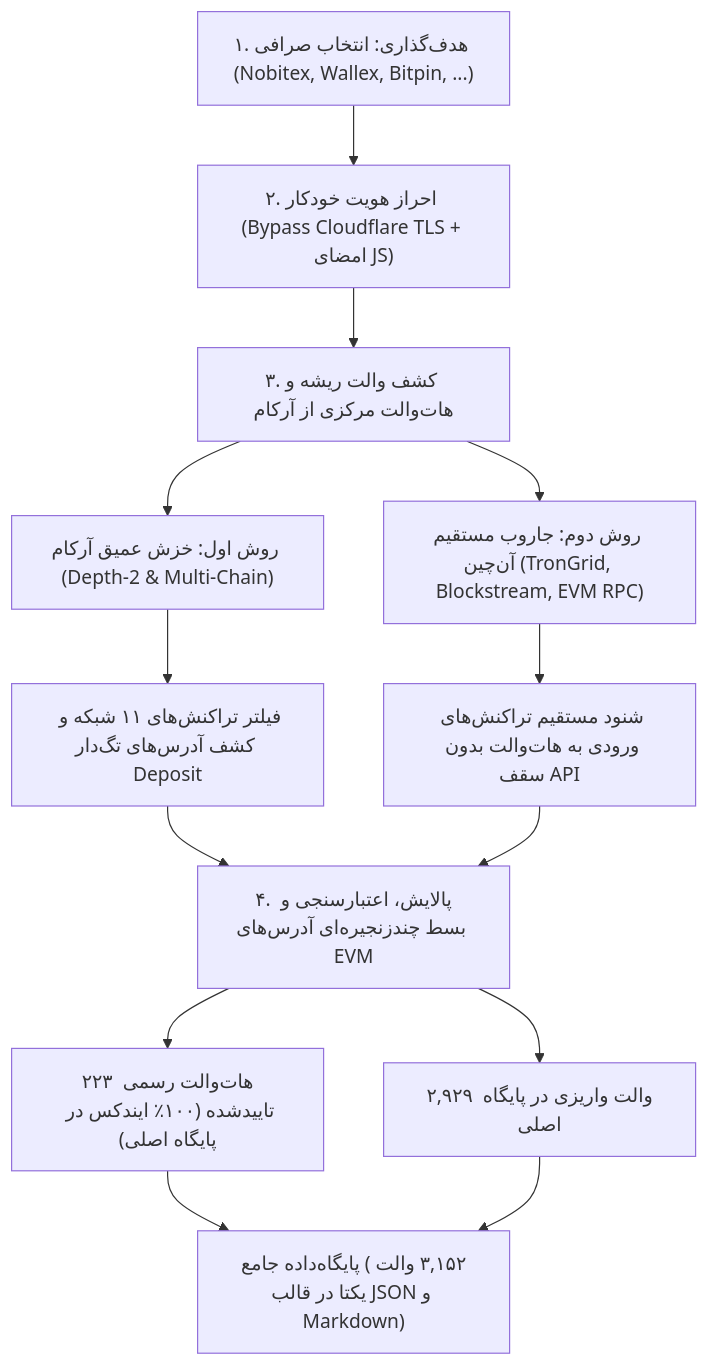
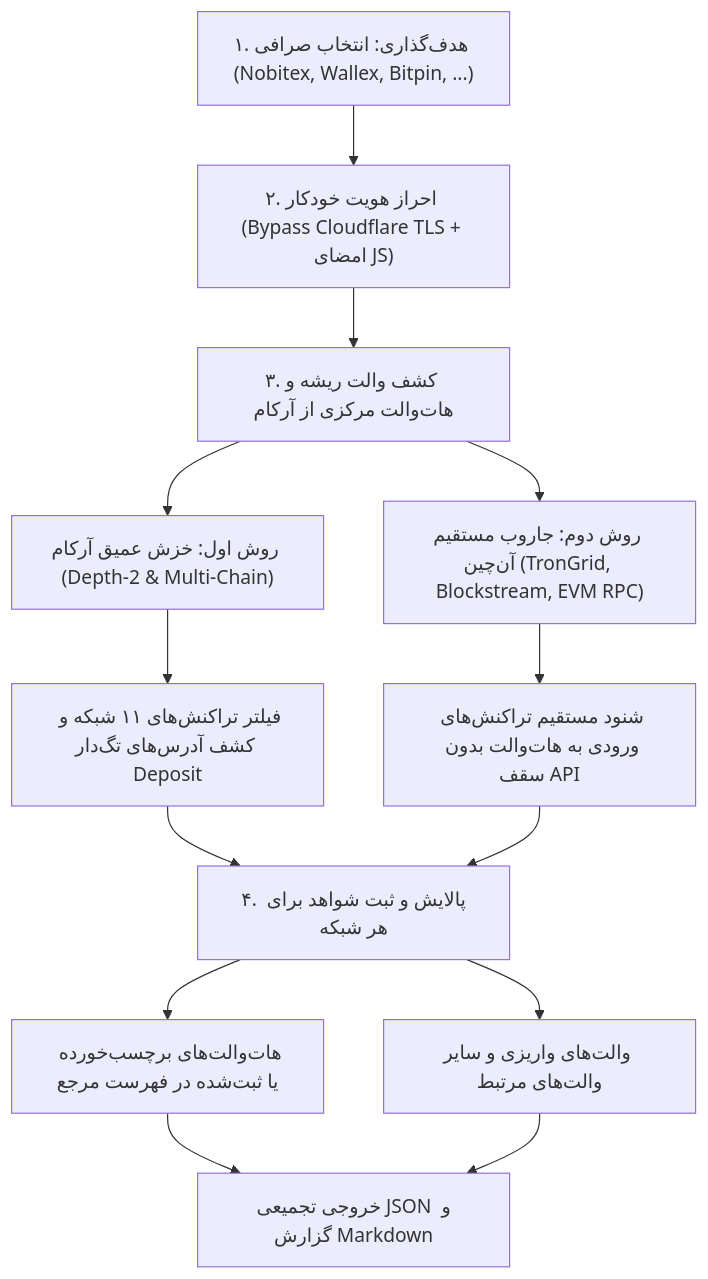
Before and after one commit to Mugen28/Fraud-Detection-Data-Collector: the first of 4 diagrams in README.md, drawn with Mermaid. The commit also changed other lines of this file and 11 other files, not shown here.

````diff
--- a/README.md
+++ b/README.md
@@ -11,20 +11,20 @@
 ```mermaid
 flowchart TD
     A["۱. هدف‌گذاری: انتخاب صرافی (Nobitex, Wallex, Bitpin, ...)"] --> B["۲. احراز هویت خودکار (Bypass Cloudflare TLS + امضای JS)"]
     B --> C["۳. کشف والت ریشه و هات‌والت مرکزی از آرکام"]
     
     C --> D1["روش اول: خزش عمیق آرکام (Depth-2 & Multi-Chain)"]
     C --> D2["روش دوم: جاروب مستقیم آن‌چین (TronGrid, Blockstream, EVM RPC)"]
     
     D1 --> E1["فیلتر تراکنش‌های ۱۱ شبکه و کشف آدرس‌های تگ‌دار Deposit"]
     D2 --> E2["شنود مستقیم تراکنش‌های ورودی به هات‌والت بدون سقف API"]
     
-    E1 --> F["۴. پالایش، اعتبارسنجی و بسط چندزنجیره‌ای آدرس‌های EVM"]
+    E1 --> F["۴. پالایش و ثبت شواهد برای هر شبکه"]
     E2 --> F
     
-    F --> G1["۲۲۳ هات‌والت رسمی تاییدشده (۱۰۰٪ ایندکس در پایگاه اصلی)"]
-    F --> G2["۲,۹۲۹ والت واریزی در پایگاه اصلی"]
+    F --> G1["هات‌والت‌های برچسب‌خورده یا ثبت‌شده در فهرست مرجع"]
+    F --> G2["والت‌های واریزی و سایر والت‌های مرتبط"]
     
-    G1 --> H["پایگاه‌داده جامع (۳,۱۵۲ والت یکتا در قالب JSON و Markdown)"]
+    G1 --> H["خروجی تجمیعی JSON و گزارش Markdown"]
     G2 --> H
 ```
````
